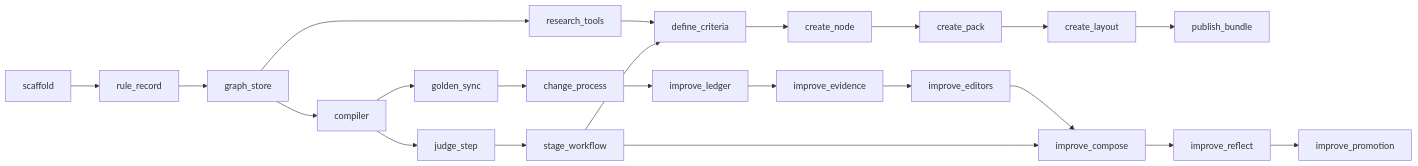
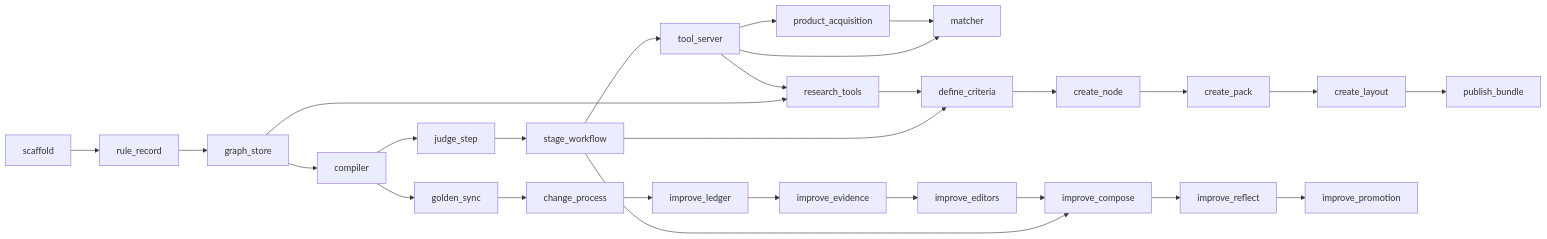
The diagram in docs/plans/2026-10-24-harness-plan.md (Ronitron007/product-eval-harness), drawn with Mermaid before and after one commit. The commit also changed other lines of this file and 12 other files, not shown here.

First line of the commit message:
docs(tools): spec of the tool registry, the tool server, and the front door [skip ci]

````diff
--- a/docs/plans/2026-10-24-harness-plan.md
+++ b/docs/plans/2026-10-24-harness-plan.md
@@ -19,11 +19,16 @@
 ```mermaid
 flowchart LR
   S[scaffold] --> RR[rule_record] --> GS[graph_store] --> CO[compiler] --> JS[judge_step] --> SW[stage_workflow]
   GS --> RT[research_tools]
+  SW --> TS[tool_server]
+  TS --> RT
+  TS --> MA[matcher]
+  TS --> PA[product_acquisition]
+  PA --> MA
   SW --> DC[define_criteria]
   SW --> IC
   RT --> DC
   DC --> CN[create_node] --> CP[create_pack] --> CL[create_layout] --> PB[publish_bundle]
   CO --> GD[golden_sync] --> CH[change_process]
   CH --> IL[improve_ledger] --> IE[improve_evidence] --> IV[improve_editors] --> IC[improve_compose] --> IR[improve_reflect] --> IP[improve_promotion]
 ```
````
